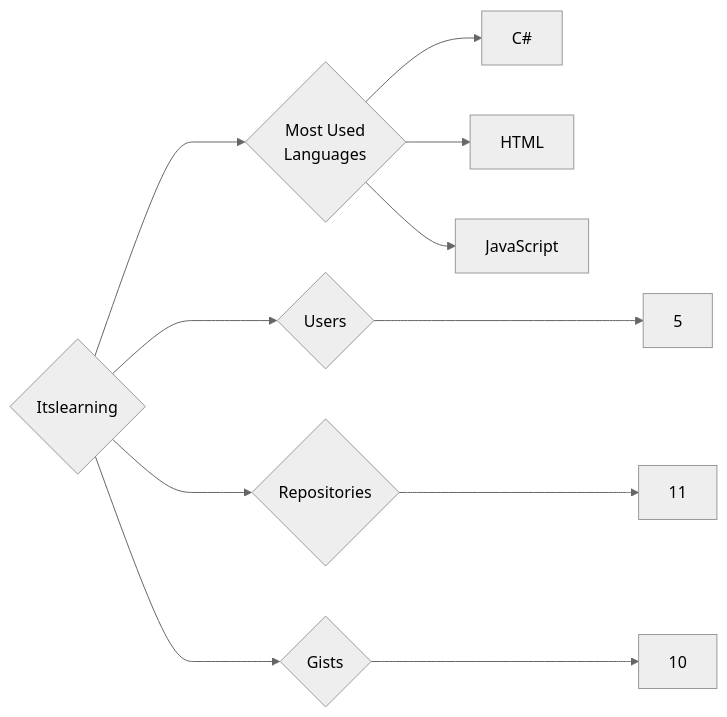
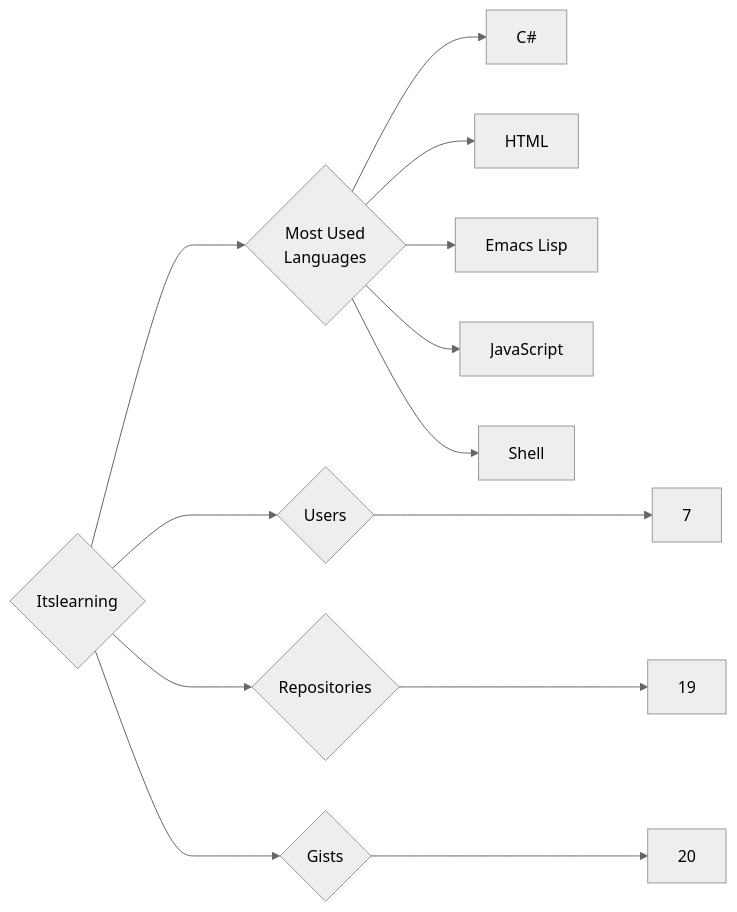
Before and after one commit to trickest/insiders: the diagram in targets/Itslearning/README.md, drawn with Mermaid (neutral theme). The commit also changed 777 other files, not shown here.

````diff
--- a/targets/Itslearning/README.md
+++ b/targets/Itslearning/README.md
@@ -3,11 +3,13 @@
 ```mermaid
 graph LR
 COMPANY_NAME{Itslearning}
-COMPANY_NAME ---> U{Users} ---> UN[5]
-COMPANY_NAME ---> R{Repositories} ---> RN[11]
-COMPANY_NAME ---> G{Gists} ---> GN[10]
+COMPANY_NAME ---> U{Users} ---> UN[7]
+COMPANY_NAME ---> R{Repositories} ---> RN[19]
+COMPANY_NAME ---> G{Gists} ---> GN[20]
 COMPANY_NAME ---> ML{Most Used<br>Languages}
 ML --> C#[C#]
 ML --> HTML[HTML]
+ML --> Emacs_Lisp[Emacs Lisp]
 ML --> JavaScript[JavaScript]
+ML --> Shell[Shell]
 ```
````
